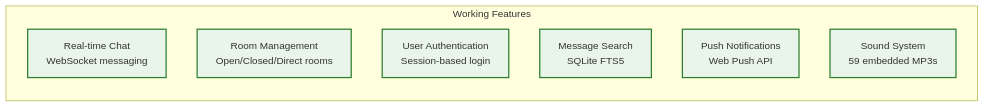
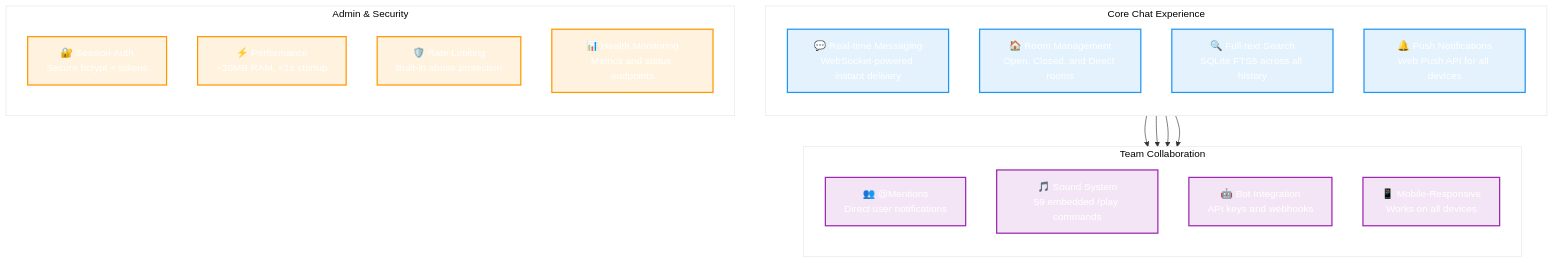
The second of 6 diagrams in README.md (that-in-rust/campfire-on-rust), drawn with Mermaid before and after one commit. The commit also changed other lines of this file and 10 other files, not shown here.

````diff
--- a/README.md
+++ b/README.md
@@ -27,15 +70,40 @@
 ```mermaid
+%%{init: {'theme':'base', 'themeVariables': {'primaryColor':'#2196f3','primaryTextColor':'#ffffff','primaryBorderColor':'#2196f3','lineColor':'#333333','secondaryColor':'#f4f4f4','tertiaryColor':'#ffffff','background':'#ffffff','mainBkg':'#2196f3','secondBkg':'#e3f2fd','tertiaryBkg':'#ffffff'}}}%%
 graph TD
-    subgraph "Working Features"
+    subgraph "Core Chat Experience"
         direction TB
-        A[Real-time Chat<br/>WebSocket messaging]
-        B[Room Management<br/>Open/Closed/Direct rooms]
-        C[User Authentication<br/>Session-based login]
-        D[Message Search<br/>SQLite FTS5]
-        E[Push Notifications<br/>Web Push API]
-        F[Sound System<br/>59 embedded MP3s]
+        A["💬 Real-time Messaging<br/>WebSocket-powered instant delivery"]
+        B["🏠 Room Management<br/>Open, Closed, and Direct rooms"]
+        C["🔍 Full-text Search<br/>SQLite FTS5 across all history"]
+        D["🔔 Push Notifications<br/>Web Push API for all devices"]
     end
     
-    classDef working fill:#e8f5e8,stroke:#2e7d32,stroke-width:2px
-    class A,B,C,D,E,F working
+    subgraph "Team Collaboration"
+        direction TB
+        E["👥 @Mentions<br/>Direct user notifications"]
+        F["🎵 Sound System<br/>59 embedded /play commands"]
+        G["🤖 Bot Integration<br/>API keys and webhooks"]
+        H["📱 Mobile-Responsive<br/>Works on all devices"]
+    end
+    
+    subgraph "Admin & Security"
+        direction TB
+        I["🔐 Session Auth<br/>Secure bcrypt + tokens"]
+        J["⚡ Performance<br/>~20MB RAM, <1s startup"]
+        K["🛡️ Rate Limiting<br/>Built-in abuse protection"]
+        L["📊 Health Monitoring<br/>Metrics and status endpoints"]
+    end
+    
+    A --> E
+    B --> F
+    C --> G
+    D --> H
+    
+    classDef core fill:#e3f2fd,stroke:#2196f3,stroke-width:2px
+    classDef collab fill:#f3e5f5,stroke:#9c27b0,stroke-width:2px
+    classDef admin fill:#fff3e0,stroke:#ff9800,stroke-width:2px
+    
+    class A,B,C,D core
+    class E,F,G,H collab
+    class I,J,K,L admin
 ```
````
